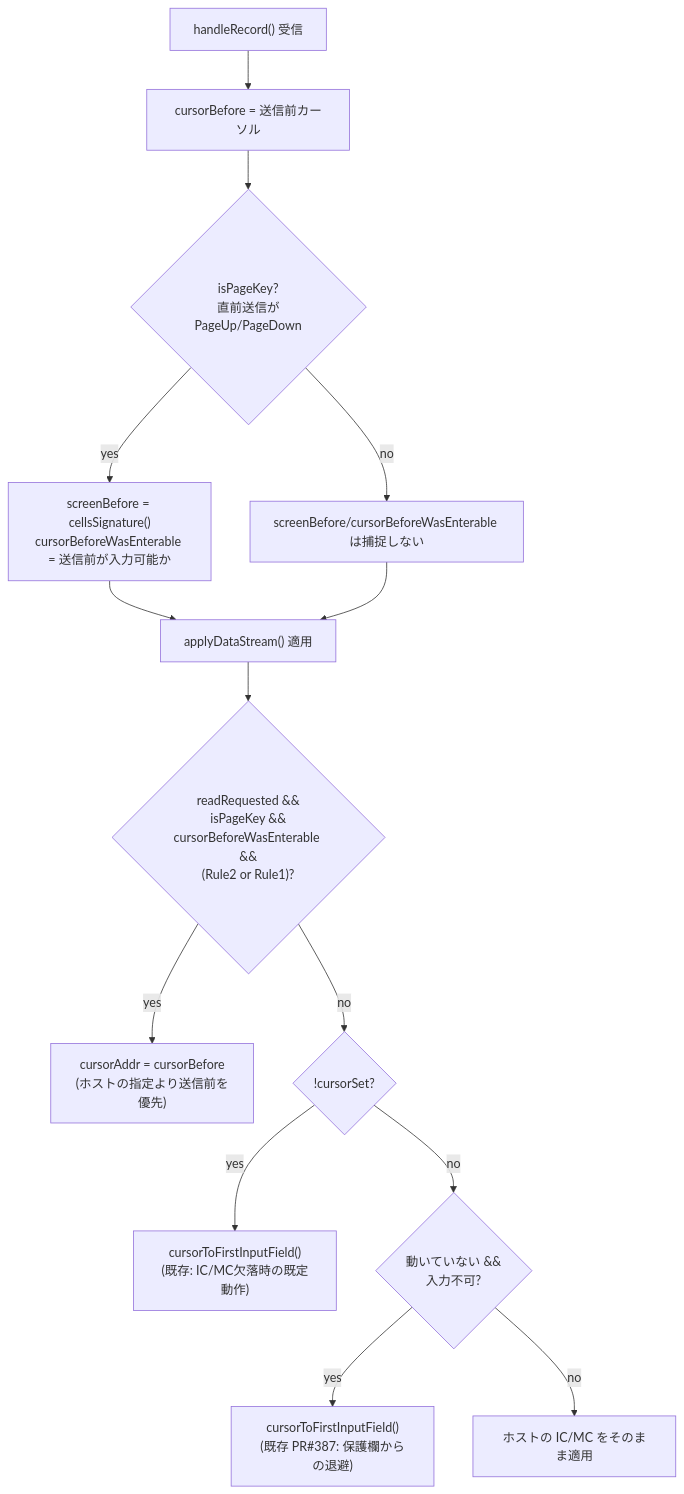
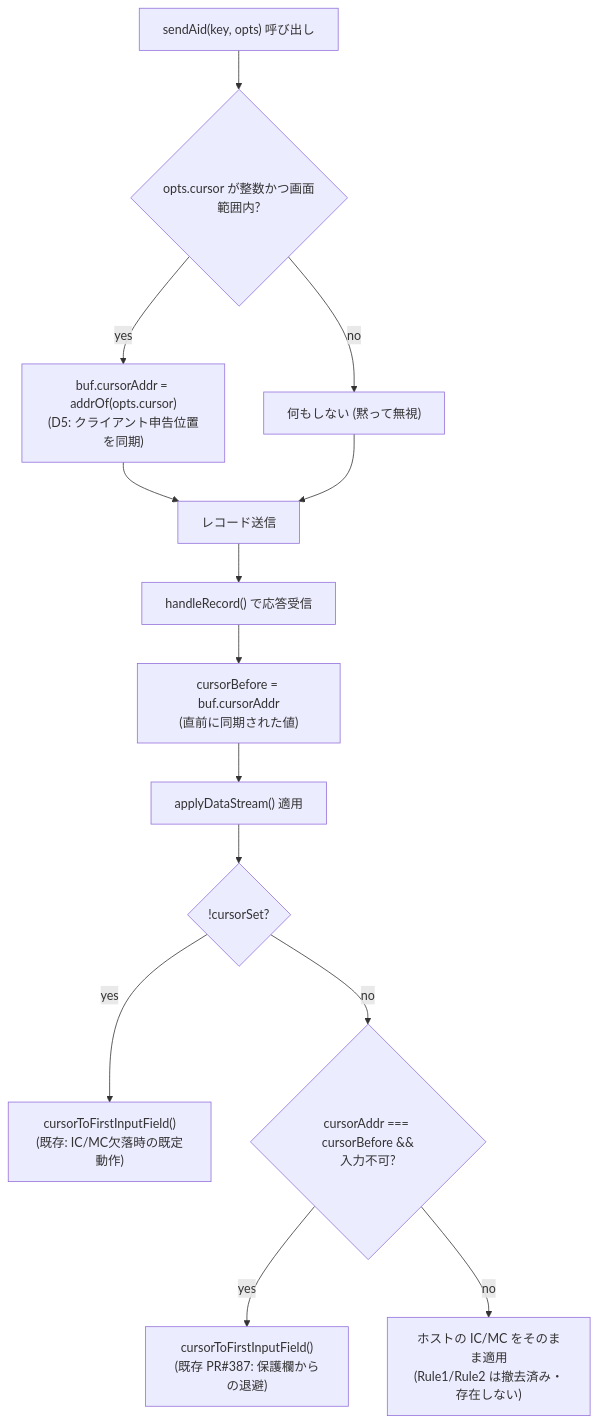
The diagram in .aidev/works/20260914-seu-page-cursor-hold/walkthrough.md (asaomaro/ts5250), drawn with Mermaid before and after one commit. The commit also changed other lines of this file and 14 other files, not shown here.

````diff
--- a/.aidev/works/20260914-seu-page-cursor-hold/walkthrough.md
+++ b/.aidev/works/20260914-seu-page-cursor-hold/walkthrough.md
@@ -40,16 +51,16 @@
 ```mermaid
 flowchart TD
-    A["handleRecord() 受信"] --> B["cursorBefore = 送信前カーソル"]
-    B --> C{"isPageKey?<br/>直前送信がPageUp/PageDown"}
-    C -->|no| Z["screenBefore/cursorBeforeWasEnterable は捕捉しない"]
-    C -->|yes| D["screenBefore = cellsSignature()<br/>cursorBeforeWasEnterable = 送信前が入力可能か"]
-    D --> E["applyDataStream() 適用"]
-    Z --> E
-    E --> F{"readRequested &&<br/>isPageKey &&<br/>cursorBeforeWasEnterable &&<br/>(Rule2 or Rule1)?"}
-    F -->|yes| G["cursorAddr = cursorBefore<br/>(ホストの指定より送信前を優先)"]
-    F -->|no| H{"!cursorSet?"}
-    H -->|yes| I["cursorToFirstInputField()<br/>(既存: IC/MC欠落時の既定動作)"]
-    H -->|no| J{"動いていない &&<br/>入力不可?"}
-    J -->|yes| K["cursorToFirstInputField()<br/>(既存 PR#387: 保護欄からの退避)"]
-    J -->|no| L["ホストの IC/MC をそのまま適用"]
+    A["sendAid(key, opts) 呼び出し"] --> B{"opts.cursor が整数かつ画面範囲内?"}
+    B -->|yes| C["buf.cursorAddr = addrOf(opts.cursor)<br/>(D5: クライアント申告位置を同期)"]
+    B -->|no| D["何もしない (黙って無視)"]
+    C --> E["レコード送信"]
+    D --> E
+    E --> F["handleRecord() で応答受信"]
+    F --> G["cursorBefore = buf.cursorAddr<br/>(直前に同期された値)"]
+    G --> H["applyDataStream() 適用"]
+    H --> I{"!cursorSet?"}
+    I -->|yes| J["cursorToFirstInputField()<br/>(既存: IC/MC欠落時の既定動作)"]
+    I -->|no| K{"cursorAddr === cursorBefore &&<br/>入力不可?"}
+    K -->|yes| L["cursorToFirstInputField()<br/>(既存 PR#387: 保護欄からの退避)"]
+    K -->|no| M["ホストの IC/MC をそのまま適用<br/>(Rule1/Rule2 は撤去済み・存在しない)"]
 ```
````
